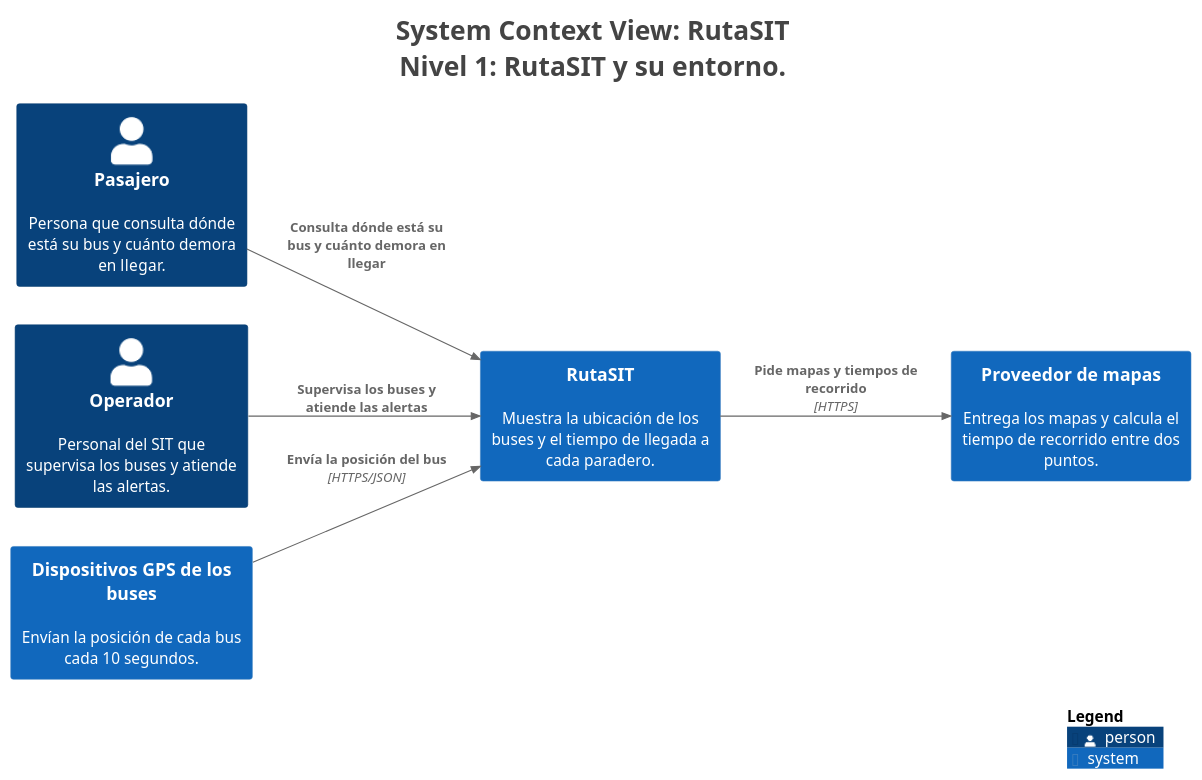
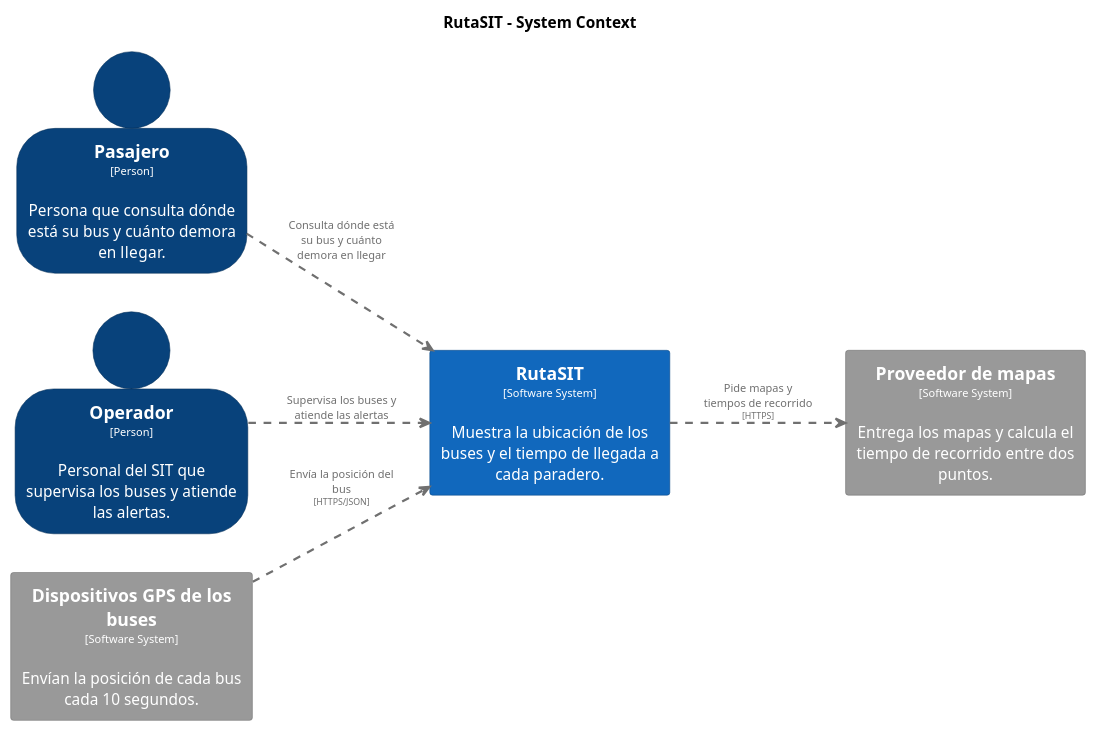
Before and after one commit to R0otDrigo/cs-2026b-lab04-grupo06: the diagram in docs/architecture/c4/export/structurizr-Contexto.puml, drawn with PlantUML. The commit also changed 19 other files, not shown here.

Commit message:
CI: regenerar diagramas C4 y Mermaid [skip ci]

```diff
--- a/docs/architecture/c4/export/structurizr-Contexto.puml
+++ b/docs/architecture/c4/export/structurizr-Contexto.puml
@@ -1,30 +1,57 @@
 @startuml
-title <size:24>System Context View: RutaSIT</size>\n<size:24>Nivel 1: RutaSIT y su entorno.</size>
+set separator none
+title RutaSIT - System Context
 
-set separator none
 left to right direction
 
-<style>
-  root {
-    BackgroundColor: #ffffff
-    FontColor: #444444
-  }
-</style>
+skinparam {
+  arrowFontSize 10
+  defaultTextAlignment center
+  wrapWidth 200
+  maxMessageSize 100
+}
 
-!include <C4/C4>
-!include <C4/C4_Context>
+hide stereotype
 
-Person(Pasajero, "Pasajero", $descr="Persona que consulta dónde está su bus y cuánto demora en llegar.", $tags="", $link="")
-Person(Operador, "Operador", $descr="Personal del SIT que supervisa los buses y atiende las alertas.", $tags="", $link="")
-System(DispositivosGPSdelosbuses, "Dispositivos GPS de los buses", $descr="Envían la posición de cada bus cada 10 segundos.", $tags="", $link="")
-System(Proveedordemapas, "Proveedor de mapas", $descr="Entrega los mapas y calcula el tiempo de recorrido entre dos puntos.", $tags="", $link="")
-System(RutaSIT, "RutaSIT", $descr="Muestra la ubicación de los buses y el tiempo de llegada a cada paradero.", $tags="", $link="")
+skinparam rectangle<<DispositivosGPSdelosbuses>> {
+  BackgroundColor #999999
+  FontColor #ffffff
+  BorderColor #6b6b6b
+  shadowing false
+}
+skinparam person<<Operador>> {
+  BackgroundColor #08427b
+  FontColor #ffffff
+  BorderColor #052e56
+  shadowing false
+}
+skinparam person<<Pasajero>> {
+  BackgroundColor #08427b
+  FontColor #ffffff
+  BorderColor #052e56
+  shadowing false
+}
+skinparam rectangle<<Proveedordemapas>> {
+  BackgroundColor #999999
+  FontColor #ffffff
+  BorderColor #6b6b6b
+  shadowing false
+}
+skinparam rectangle<<RutaSIT>> {
+  BackgroundColor #1168bd
+  FontColor #ffffff
+  BorderColor #0b4884
+  shadowing false
+}
 
-Rel(Pasajero, RutaSIT, "Consulta dónde está su bus y cuánto demora en llegar", $techn="", $tags="", $link="")
-Rel(Operador, RutaSIT, "Supervisa los buses y atiende las alertas", $techn="", $tags="", $link="")
-Rel(DispositivosGPSdelosbuses, RutaSIT, "Envía la posición del bus", $techn="HTTPS/JSON", $tags="", $link="")
-Rel(RutaSIT, Proveedordemapas, "Pide mapas y tiempos de recorrido", $techn="HTTPS", $tags="", $link="")
+person "==Pasajero\n<size:10>[Person]</size>\n\nPersona que consulta dónde está su bus y cuánto demora en llegar." <<Pasajero>> as Pasajero
+person "==Operador\n<size:10>[Person]</size>\n\nPersonal del SIT que supervisa los buses y atiende las alertas." <<Operador>> as Operador
+rectangle "==Dispositivos GPS de los buses\n<size:10>[Software System]</size>\n\nEnvían la posición de cada bus cada 10 segundos." <<DispositivosGPSdelosbuses>> as DispositivosGPSdelosbuses
+rectangle "==Proveedor de mapas\n<size:10>[Software System]</size>\n\nEntrega los mapas y calcula el tiempo de recorrido entre dos puntos." <<Proveedordemapas>> as Proveedordemapas
+rectangle "==RutaSIT\n<size:10>[Software System]</size>\n\nMuestra la ubicación de los buses y el tiempo de llegada a cada paradero." <<RutaSIT>> as RutaSIT
 
-SHOW_LEGEND(true)
-hide stereotypes
+Pasajero .[#707070,thickness=2].> RutaSIT : "<color:#707070>Consulta dónde está su bus y cuánto demora en llegar"
+Operador .[#707070,thickness=2].> RutaSIT : "<color:#707070>Supervisa los buses y atiende las alertas"
+DispositivosGPSdelosbuses .[#707070,thickness=2].> RutaSIT : "<color:#707070>Envía la posición del bus\n<color:#707070><size:8>[HTTPS/JSON]</size>"
+RutaSIT .[#707070,thickness=2].> Proveedordemapas : "<color:#707070>Pide mapas y tiempos de recorrido\n<color:#707070><size:8>[HTTPS]</size>"
 @enduml
```
